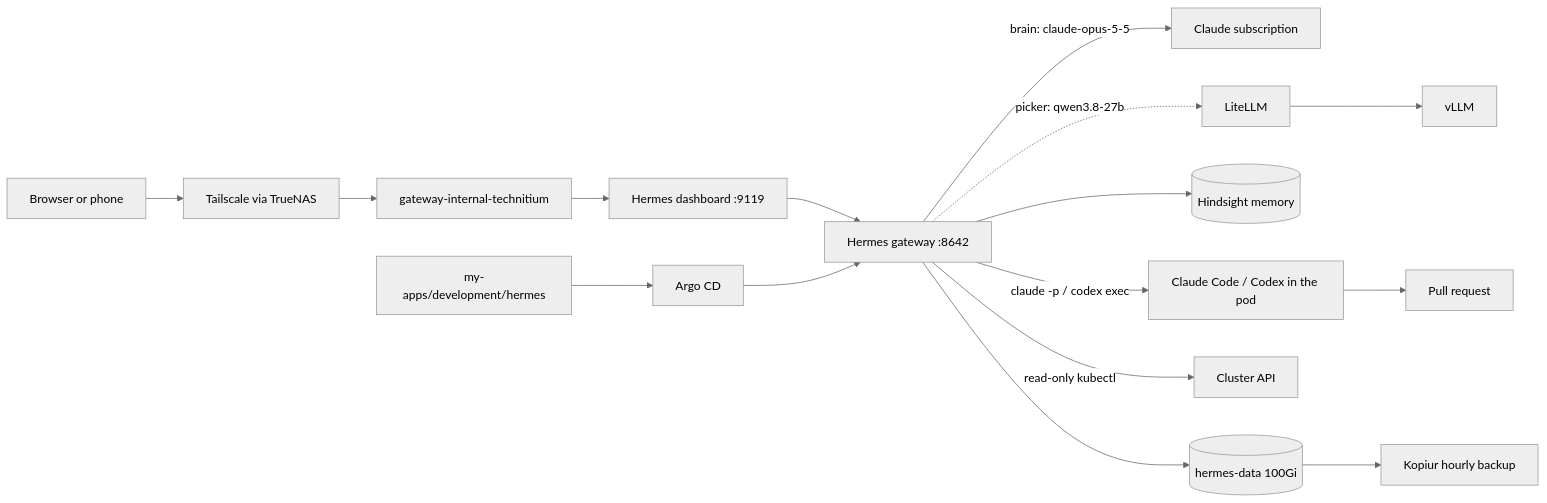
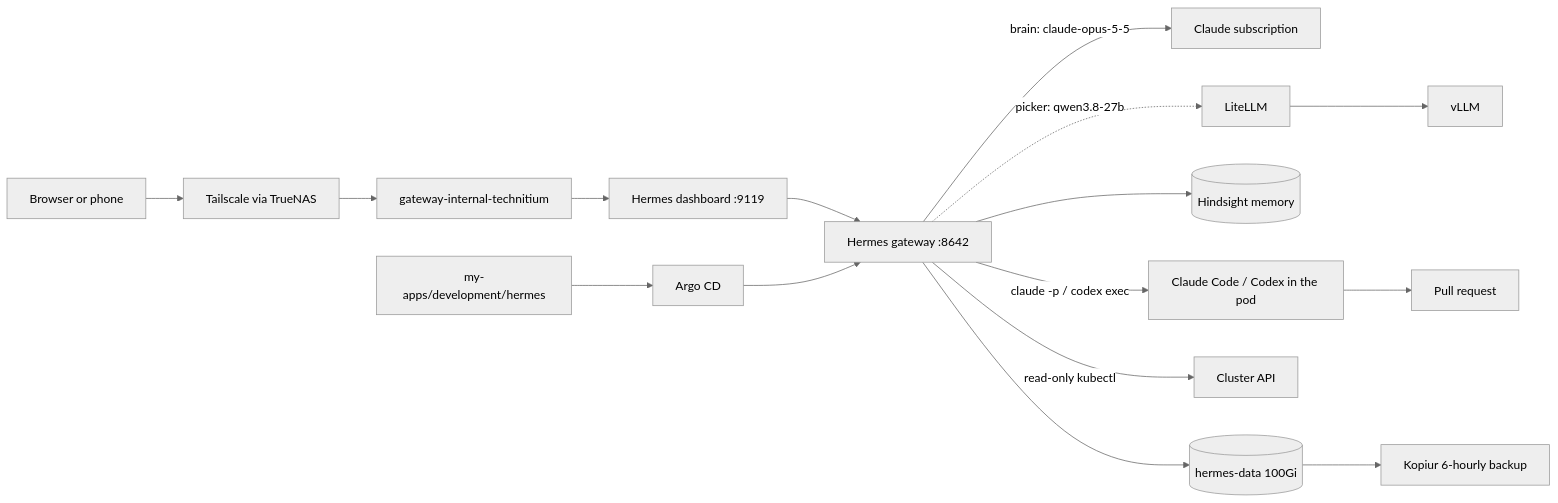
The first of 3 diagrams in docs/domains/ai-gpu/hermes.md (mitchross/talos-argocd-proxmox), drawn with Mermaid (neutral theme) before and after one commit. The commit also changed other lines of this file and 4 other files, not shown here.

First line of the commit message:
fix(hermes): back up every 6 hours and add hourly Longhorn snapshots

````diff
--- a/docs/domains/ai-gpu/hermes.md
+++ b/docs/domains/ai-gpu/hermes.md
@@ -22,12 +22,12 @@
 ```mermaid
 flowchart LR
     Client[Browser or phone] --> TS[Tailscale via TrueNAS] --> GW[gateway-internal-technitium] --> Dash[Hermes dashboard :9119]
     Dash --> Gateway[Hermes gateway :8642]
     Gateway -->|brain: claude-opus-5-5| Anthropic[Claude subscription]
     Gateway -.->|picker: qwen3.8-27b| LiteLLM --> vLLM
     Gateway --> Hindsight[(Hindsight memory)]
     Gateway -->|claude -p / codex exec| Agents[Claude Code / Codex in the pod] --> GitHub[Pull request]
     Gateway -->|read-only kubectl| K8s[Cluster API]
     Git[my-apps/development/hermes] --> Argo[Argo CD] --> Gateway
-    Gateway --> Vol[(hermes-data 100Gi)] --> Kopiur[Kopiur hourly backup]
+    Gateway --> Vol[(hermes-data 100Gi)] --> Kopiur[Kopiur 6-hourly backup]
 ```
````
